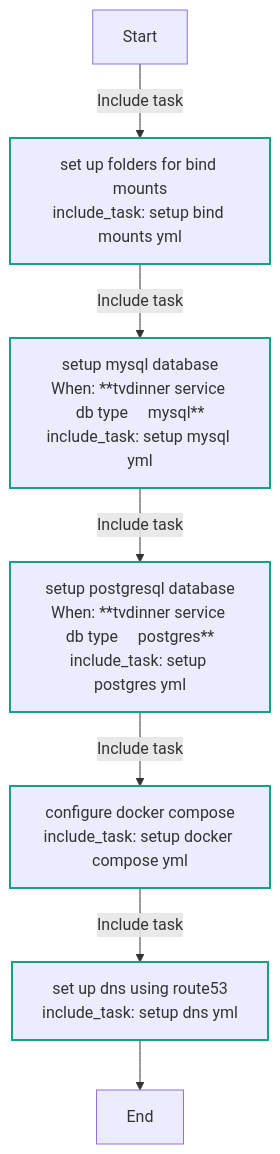
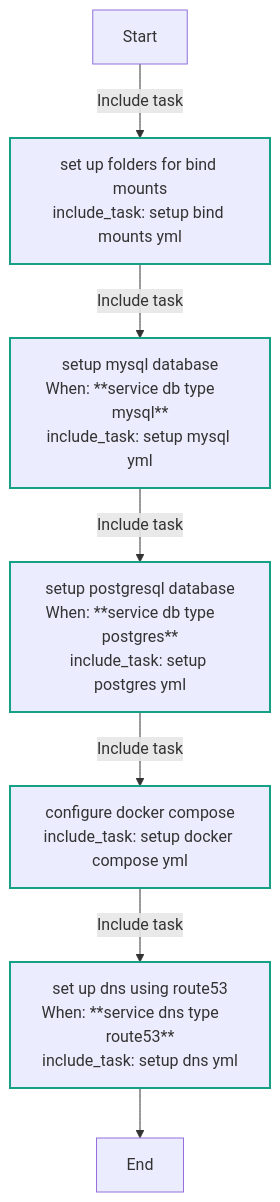
The sixth of 7 diagrams in README.md (tvdinner/ansible-role-tvdinner-service), drawn with Mermaid before and after one commit. The commit also changed other lines of this file and 9 other files, not shown here.

````diff
--- a/README.md
+++ b/README.md
@@ -204,19 +200,19 @@
 ```mermaid
 flowchart TD
 Start
 classDef block stroke:#3498db,stroke-width:2px;
 classDef task stroke:#4b76bb,stroke-width:2px;
 classDef includeTasks stroke:#16a085,stroke-width:2px;
 classDef importTasks stroke:#34495e,stroke-width:2px;
 classDef includeRole stroke:#2980b9,stroke-width:2px;
 classDef importRole stroke:#699ba7,stroke-width:2px;
 classDef includeVars stroke:#8e44ad,stroke-width:2px;
 classDef rescue stroke:#665352,stroke-width:2px;
 
   Start-->|Include task| setup_bind_mounts_yml0[set up folders for bind mounts<br>include_task: setup bind mounts yml]:::includeTasks
-  setup_bind_mounts_yml0-->|Include task| setup_mysql_yml1[setup mysql database<br>When: **tvdinner service db type     mysql**<br>include_task: setup mysql yml]:::includeTasks
-  setup_mysql_yml1-->|Include task| setup_postgres_yml2[setup postgresql database<br>When: **tvdinner service db type     postgres**<br>include_task: setup postgres yml]:::includeTasks
+  setup_bind_mounts_yml0-->|Include task| setup_mysql_yml1[setup mysql database<br>When: **service db type     mysql**<br>include_task: setup mysql yml]:::includeTasks
+  setup_mysql_yml1-->|Include task| setup_postgres_yml2[setup postgresql database<br>When: **service db type     postgres**<br>include_task: setup postgres yml]:::includeTasks
   setup_postgres_yml2-->|Include task| setup_docker_compose_yml3[configure docker compose<br>include_task: setup docker compose yml]:::includeTasks
-  setup_docker_compose_yml3-->|Include task| setup_dns_yml4[set up dns using route53<br>include_task: setup dns yml]:::includeTasks
+  setup_docker_compose_yml3-->|Include task| setup_dns_yml4[set up dns using route53<br>When: **service dns type     route53**<br>include_task: setup dns yml]:::includeTasks
   setup_dns_yml4-->End
 ```
````
